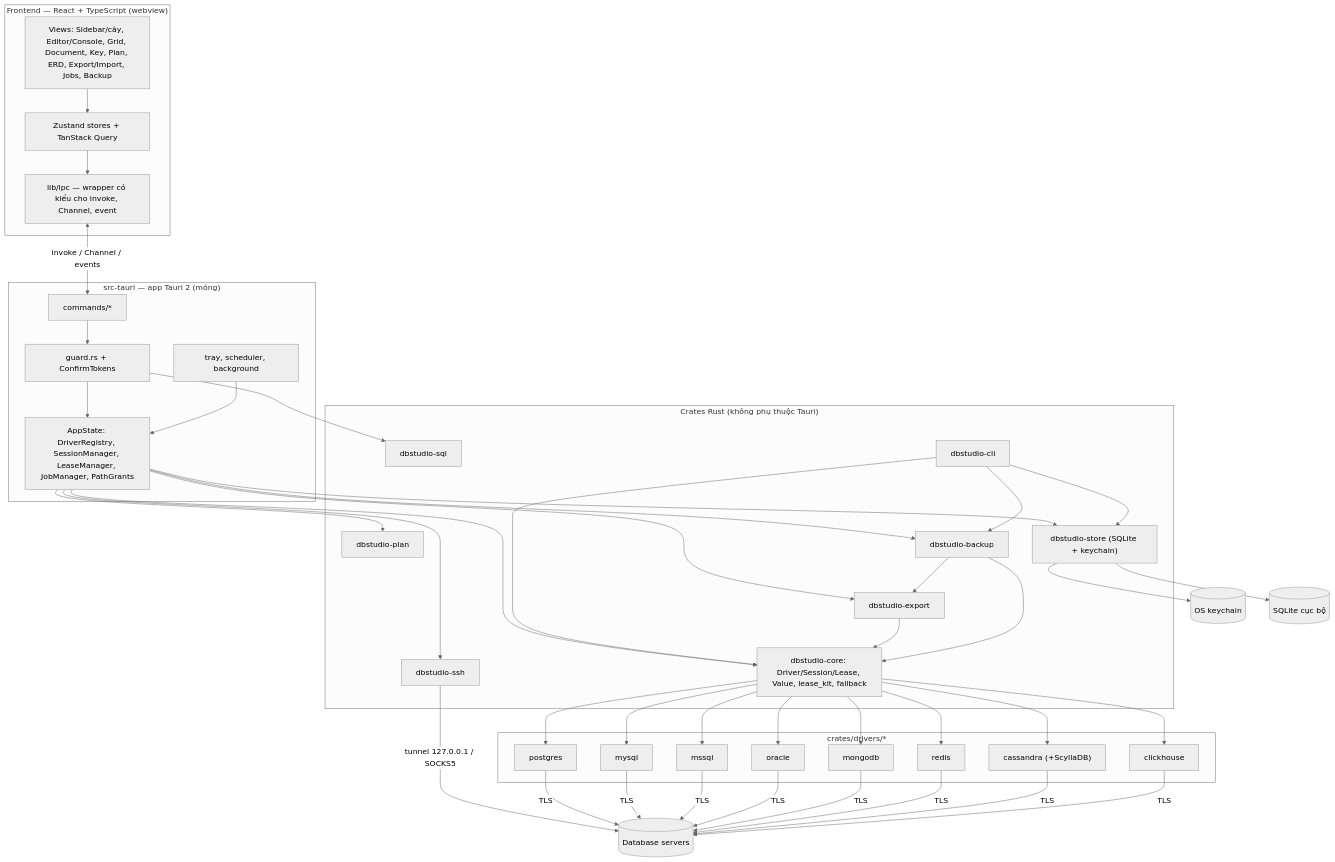
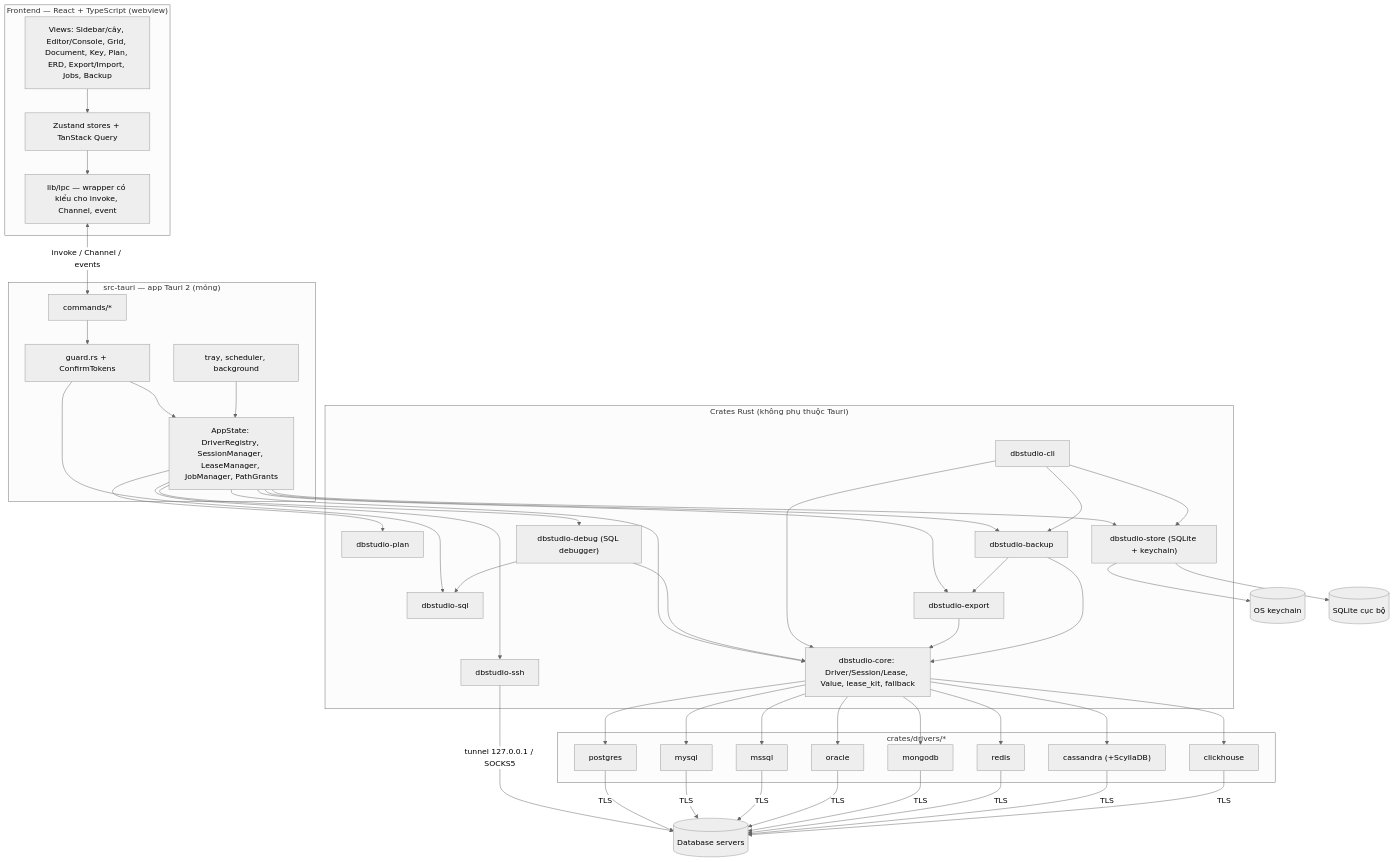
Before and after one commit to rickymta/dbstudio: the first of 3 diagrams in docs/architecture.md, drawn with Mermaid (neutral theme). The commit also changed other lines of this file and 4 other files, not shown here.

First line of the commit message:
docs(debug): hướng dẫn SQL debugger, cập nhật README, roadmap, architecture, requirements

````diff
--- a/docs/architecture.md
+++ b/docs/architecture.md
@@ -17,55 +17,57 @@
 ```mermaid
 flowchart TB
     subgraph FE["Frontend — React + TypeScript (webview)"]
         UI["Views: Sidebar/cây, Editor/Console, Grid, Document, Key, Plan, ERD, Export/Import, Jobs, Backup"]
         ST["Zustand stores + TanStack Query"]
         IPC_TS["lib/ipc — wrapper có kiểu cho invoke, Channel, event"]
         UI --> ST --> IPC_TS
     end
 
     subgraph TAURI["src-tauri — app Tauri 2 (mỏng)"]
         CMD["commands/*"]
         GUARD["guard.rs + ConfirmTokens"]
         STATE["AppState: DriverRegistry, SessionManager, LeaseManager, JobManager, PathGrants"]
         BG["tray, scheduler, background"]
         CMD --> GUARD --> STATE
         BG --> STATE
     end
 
     subgraph CORE["Crates Rust (không phụ thuộc Tauri)"]
         C["dbstudio-core: Driver/Session/Lease, Value, lease_kit, fallback"]
         SQL["dbstudio-sql"]
         PLAN["dbstudio-plan"]
         EXP["dbstudio-export"]
         BK["dbstudio-backup"]
         SSH["dbstudio-ssh"]
         STORE["dbstudio-store (SQLite + keychain)"]
         CLI["dbstudio-cli"]
+        DBG["dbstudio-debug (SQL debugger)"]
     end
 
     subgraph DRV["crates/drivers/*"]
         PG["postgres"]
         MY["mysql"]
         MS["mssql"]
         OR["oracle"]
         MG["mongodb"]
         RD["redis"]
         CS["cassandra (+ScyllaDB)"]
         CH["clickhouse"]
     end
 
     KC[("OS keychain")]
     SQLITE[("SQLite cục bộ")]
     DBS[("Database servers")]
 
     IPC_TS <-->|"invoke / Channel / events"| CMD
     GUARD --> SQL
-    STATE --> C & PLAN & EXP & BK & STORE & SSH
+    STATE --> C & PLAN & EXP & BK & STORE & SSH & DBG
+    DBG --> C & SQL
     CLI --> C & BK & STORE
     EXP & BK --> C
     BK --> EXP
     C --> PG & MY & MS & OR & MG & RD & CS & CH
     SSH -->|"tunnel 127.0.0.1 / SOCKS5"| DBS
     PG & MY & MS & OR & MG & RD & CS & CH -->|"TLS"| DBS
     STORE --> SQLITE & KC
 ```
````
